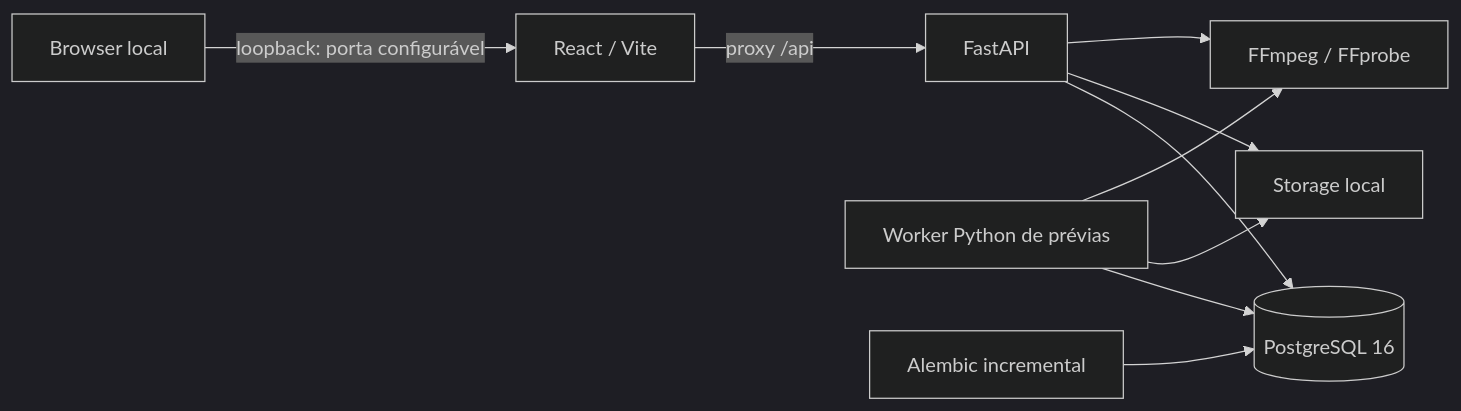
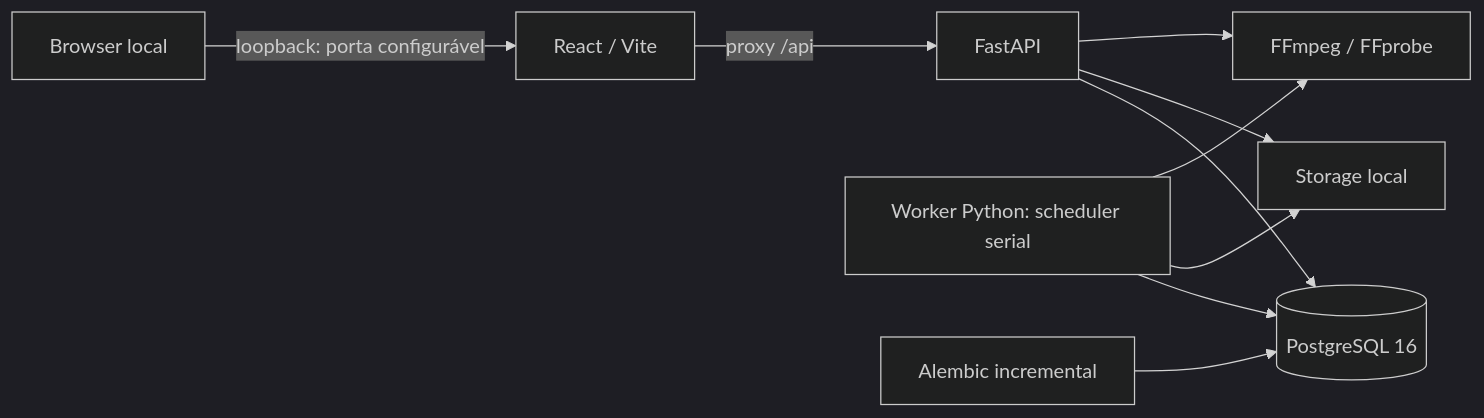
One commit to davioliveiraes/edivo-editor changed the diagram in docs/architecture.md. Above: the diagram before and after it, drawn with Mermaid (dark theme). The commit also changed other lines of this file and 176 other files, not shown here.

````diff
--- a/docs/architecture.md
+++ b/docs/architecture.md
@@ -11,12 +12,12 @@
 ```mermaid
 flowchart LR
   browser[Browser local] -->|loopback: porta configurável| frontend[React / Vite]
   frontend -->|proxy /api| api[FastAPI]
   api --> db[(PostgreSQL 16)]
   api --> storage[Storage local]
-  worker[Worker Python de prévias] --> db
+  worker[Worker Python: scheduler serial] --> db
   worker --> storage
   api --> tools[FFmpeg / FFprobe]
   worker --> tools
   migrate[Alembic incremental] --> db
 ```
````
